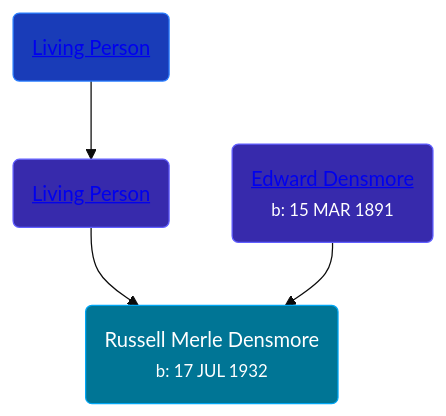
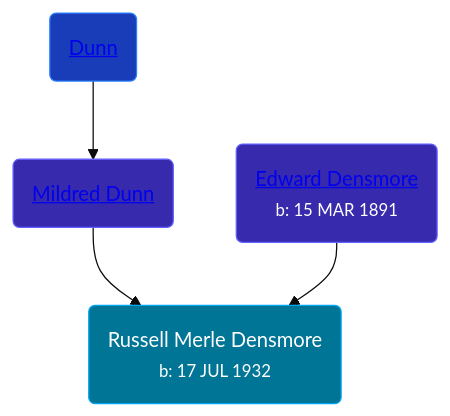
The diagram in pages/people/4/47260456.md (wpmgotkh/wpmgotkh.github.io), drawn with Mermaid (base theme) before and after one commit. The commit also changed other lines of this file and 586 other files, not shown here.

Commit message:
feat: better shouldConsiderPersonLiving algo

````diff
--- a/pages/people/4/47260456.md
+++ b/pages/people/4/47260456.md
@@ -11,10 +11,10 @@
 ```mermaid
 graph
 classDef grands fill:#193cb8,stroke:#2b7fff,stroke-width:1px,color:#fff;
 classDef parents fill:#372aac,stroke:#615fff,stroke-width:1px,color:#fff;
 classDef primary fill:#007595,stroke:#00a6f4,stroke-width:1px,color:#fff;
 47260456(Russell Merle Densmore<br /><small>b: 17 JUL 1932</small>):::primary
-7869963(<a class="text-white" href="/people/7/7869963">Living Person</a>):::parents-->47260456
-14066328(<a class="text-white" href="/people/1/14066328">Living Person</a>):::grands-->7869963
+7869963(<a class="text-white" href="/people/7/7869963">Mildred Dunn</a>):::parents-->47260456
+14066328(<a class="text-white" href="/people/1/14066328">Dunn</a>):::grands-->7869963
 75117844(<a class="text-white" href="/people/7/75117844">Edward Densmore</a><br /><small>b: 15 MAR 1891</small>):::parents-->47260456
 ```
````
